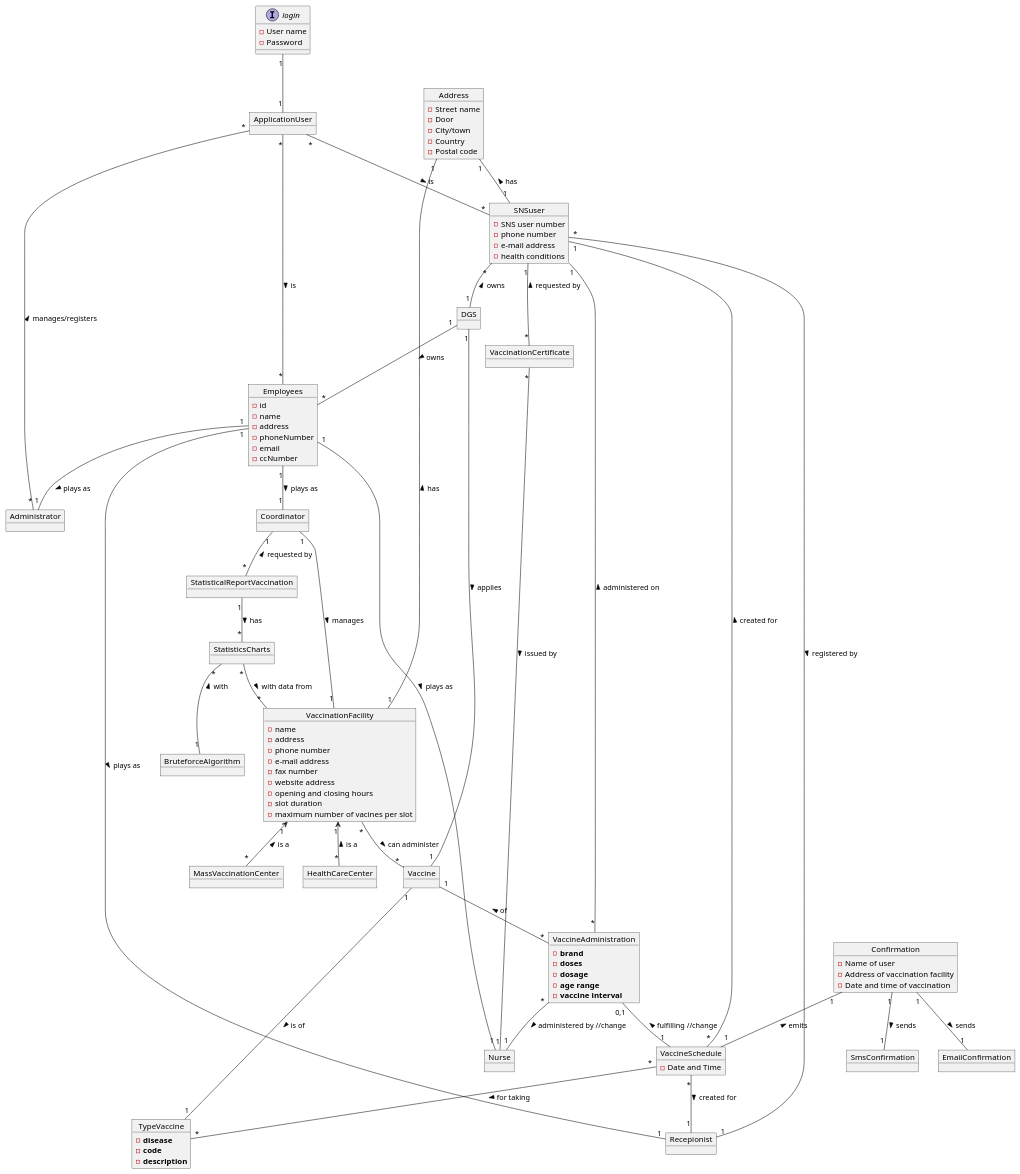
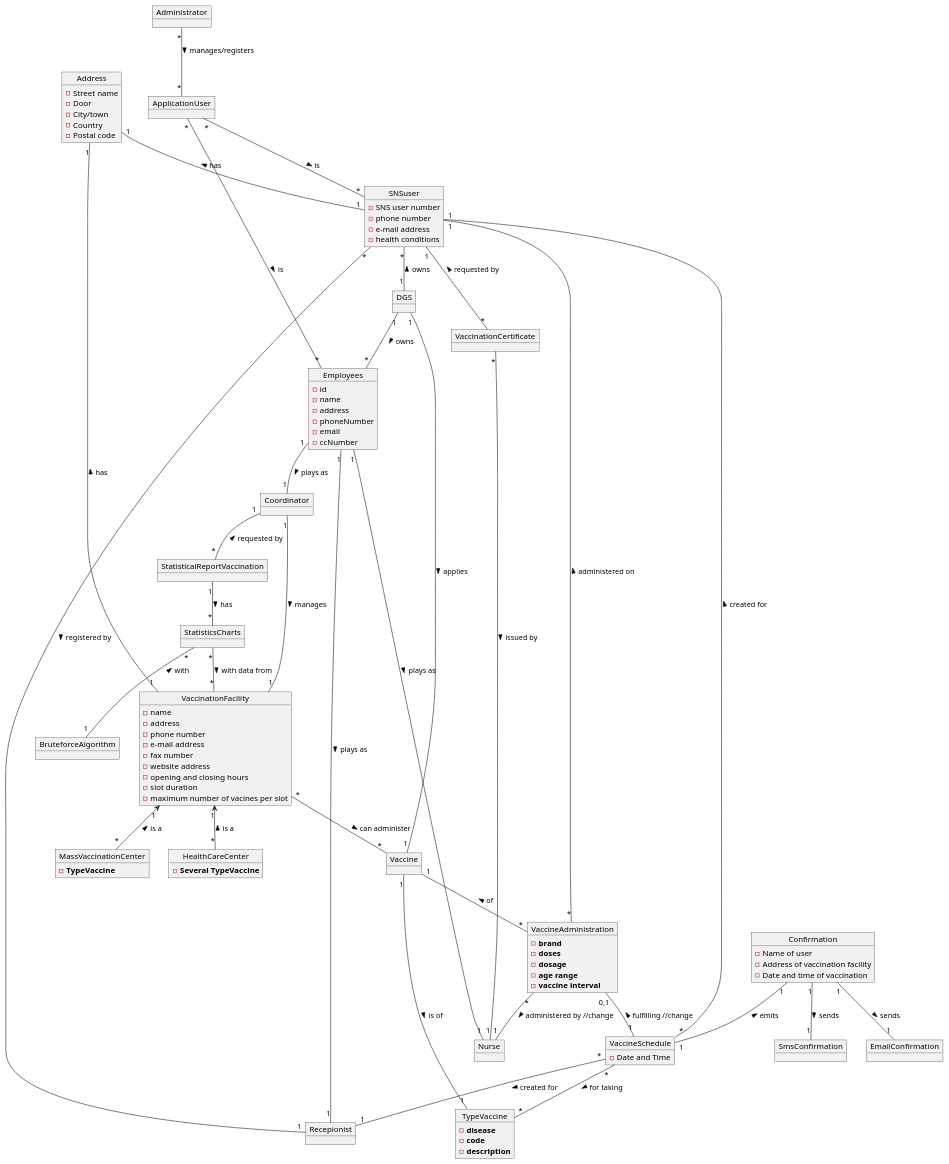
The diagram in docs/SprintC/DM.puml (osnilas/SNSsystem), drawn with PlantUML before and after one commit. The commit also changed 28 other files, not shown here.

```diff
--- a/docs/SprintC/DM.puml
+++ b/docs/SprintC/DM.puml
@@ -1,115 +1,113 @@
 @startuml
 'https://plantuml.com/object-diagram
 
-interface login{
--User name
--Password
-}
 object SNSuser{
 -SNS user number
 -phone number
 -e-mail address
 -health conditions
 }
 object DGS
 object Administrator
 object Coordinator
 object Nurse
 object Recepionist
 object VaccinationFacility{
 -name
 -address
 -phone number
 -e-mail address
 -fax number
 -website address
 -opening and closing hours
 -slot duration
 -maximum number of vacines per slot
 }
 object StatisticalReportVaccination
-object MassVaccinationCenter
-object HealthCareCenter
+object MassVaccinationCenter{
+-**TypeVaccine**
+}
+object HealthCareCenter{
+-**Several TypeVaccine**
+}
 object TypeVaccine{
 -**disease**
 -**code**
 -**description**
 }
 
 object Vaccine
 
 object VaccineSchedule{
 -Date and Time
 }
 object VaccinationCertificate
 object VaccineAdministration {
 -**brand**
 -**doses**
 -**dosage**
 -**age range**
 -**vaccine interval**
 }
 object Confirmation{
 -Name of user
 -Address of vaccination facility
 -Date and time of vaccination
 }
 object SmsConfirmation
 object EmailConfirmation
 object Employees{
 -id
 -name
 -address
 -phoneNumber
 -email
 -ccNumber
 }
 object StatisticsCharts
 object BruteforceAlgorithm
 object ApplicationUser
 object Address{
 -Street name
 -Door
 -City/town
 -Country
 -Postal code
 }
 
 ApplicationUser"*" -- "*"Employees: > is
 ApplicationUser"*" -- "*"SNSuser: > is
 Administrator"*" -- "*" ApplicationUser: > manages/registers
-login"1"--"1"ApplicationUser
 SNSuser"*"--"1" DGS : < owns
 DGS"1" -- "*"Employees : > owns
 DGS "1"--"1" Vaccine : > applies
 Employees"1"--"1" Recepionist: > plays as
 Employees"1"--"1" Nurse: > plays as
 Employees"1"--"1" Coordinator: > plays as
-Employees"1"--"1" Administrator: > plays as
 Address"1"--"1" VaccinationFacility: < has
 Address"1"--"1" SNSuser: < has
 SNSuser "1"--"*" VaccinationCertificate: < requested by
 Coordinator"1" --"1" VaccinationFacility: > manages
 VaccinationFacility"1"<--"*" MassVaccinationCenter: < is a
 
 VaccinationFacility"1"<--"*" HealthCareCenter: < is a
 Coordinator"1" -- "*"StatisticalReportVaccination: < requested by
 StatisticalReportVaccination"1" -- "*"StatisticsCharts: > has
 StatisticsCharts"*" -- "1"BruteforceAlgorithm: < with
 StatisticsCharts"*" -- "*"VaccinationFacility: > with data from
 VaccinationFacility "*"--"*" Vaccine: > can administer
 VaccineSchedule"*" -- "1"SNSuser: > created for
 VaccineSchedule"*" -- "1"Recepionist: > created for
 VaccineAdministration"*" -- "1"Nurse: > administered by //change
 Vaccine"1" -- "*"VaccineAdministration: < of
 Recepionist"1" -- "*"SNSuser: < registered by
 VaccineAdministration"*" -- "1"SNSuser: > administered on
 VaccineAdministration"0,1" -- "1"VaccineSchedule: < fulfilling //change
 VaccinationCertificate"*" -- "1"Nurse: > issued by
 Confirmation"1" -- "1"VaccineSchedule: < emits
 Confirmation"1" -- "1"SmsConfirmation:> sends
 Confirmation "1"--"1" EmailConfirmation: > sends
 VaccineSchedule"*" -- "*"TypeVaccine:> for taking
 Vaccine"1" --"1" TypeVaccine:> is of
 
 @enduml
```
